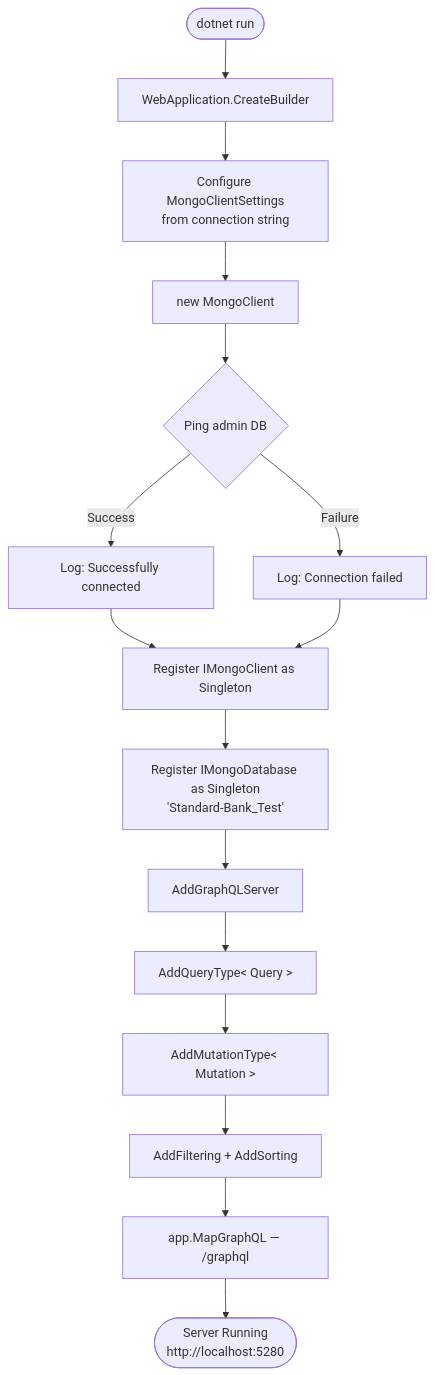
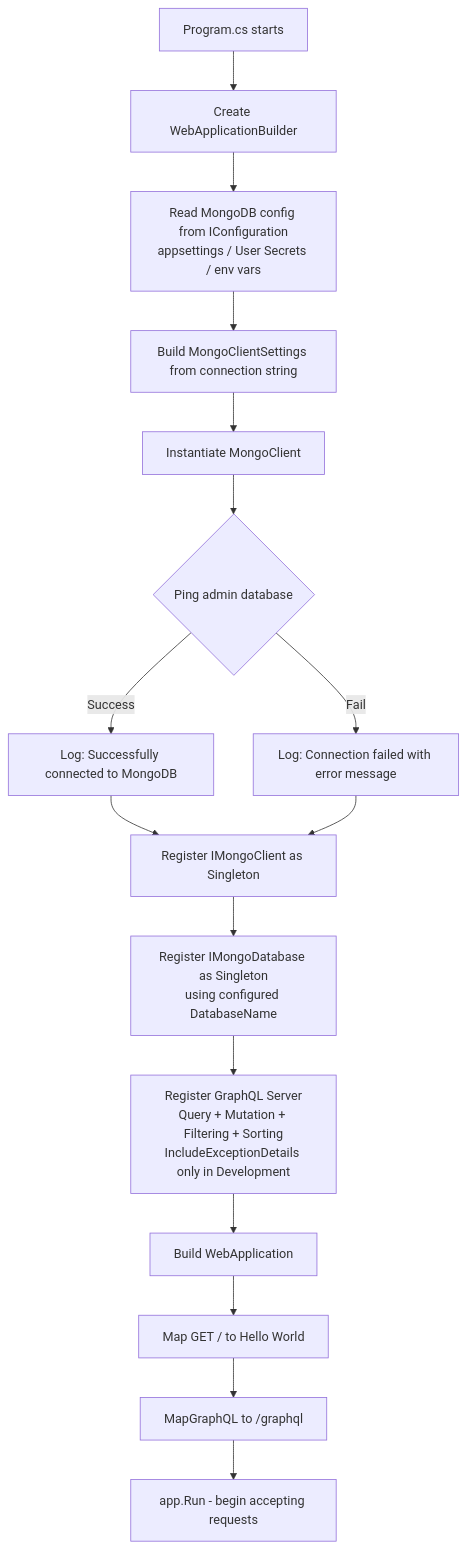
The seventh of 8 diagrams in README.md (Shotza247/GraphQL-Server-SetUp.Net), drawn with Mermaid before and after one commit. The commit also changed other lines of this file, not shown here.

````diff
--- a/README.md
+++ b/README.md
@@ -259,18 +284,17 @@
 ```mermaid
 flowchart TD
-    A([dotnet run]) --> B[WebApplication.CreateBuilder]
-    B --> C[Configure MongoClientSettings\nfrom connection string]
-    C --> D[new MongoClient]
-    D --> E{Ping admin DB}
-    E -->|Success| F[Log: Successfully connected]
-    E -->|Failure| G[Log: Connection failed]
-    F --> H[Register IMongoClient as Singleton]
-    G --> H
-    H --> I[Register IMongoDatabase as Singleton\n'Standard-Bank_Test']
-    I --> J[AddGraphQLServer]
-    J --> K[AddQueryType< Query >]
-    K --> L[AddMutationType< Mutation >]
-    L --> M[AddFiltering + AddSorting]
-    M --> N[app.MapGraphQL — /graphql]
-    N --> O([Server Running\nhttp://localhost:5280])
+    A[Program.cs starts] --> B[Create WebApplicationBuilder]
+    B --> C[Read MongoDB config from IConfiguration\nappsettings / User Secrets / env vars]
+    C --> D[Build MongoClientSettings from connection string]
+    D --> E[Instantiate MongoClient]
+    E --> F{Ping admin database}
+    F -->|Success| G[Log: Successfully connected to MongoDB]
+    F -->|Fail| H[Log: Connection failed with error message]
+    G & H --> I[Register IMongoClient as Singleton]
+    I --> J[Register IMongoDatabase as Singleton\nusing configured DatabaseName]
+    J --> K[Register GraphQL Server\nQuery + Mutation + Filtering + Sorting\nIncludeExceptionDetails only in Development]
+    K --> L[Build WebApplication]
+    L --> M[Map GET / to Hello World]
+    M --> N[MapGraphQL to /graphql]
+    N --> O[app.Run - begin accepting requests]
 ```
````
